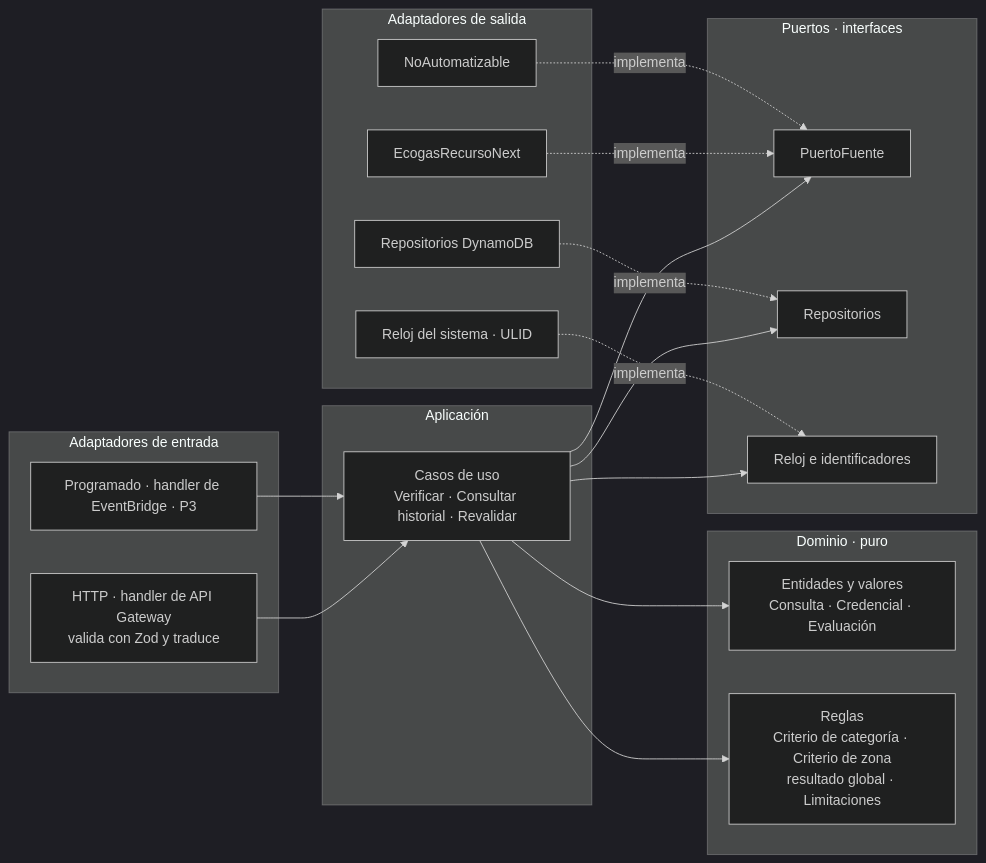
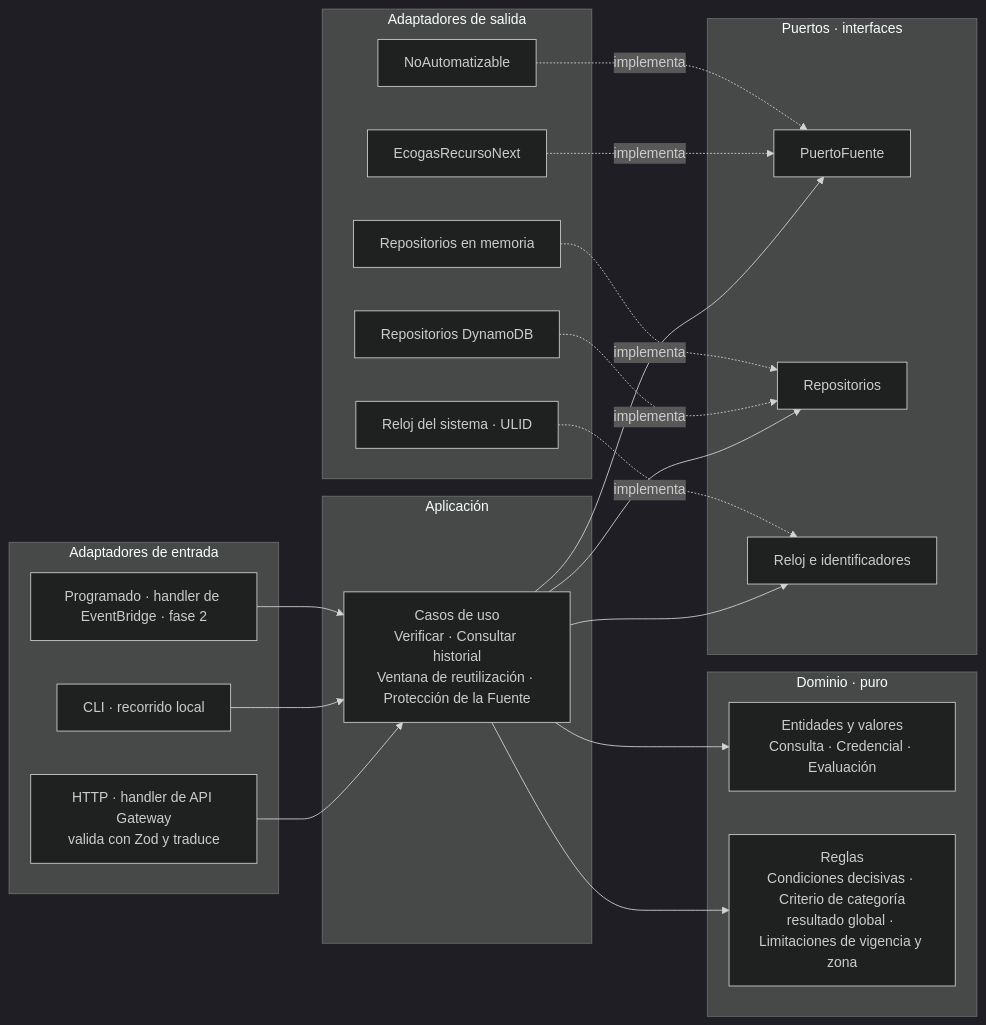
The third of 3 diagrams in docs/arquitectura.md (IvanDaniliuk01/MatriculAR), drawn with Mermaid (dark theme) before and after one commit. The commit also changed other lines of this file and 62 other files, not shown here.

````diff
--- a/docs/arquitectura.md
+++ b/docs/arquitectura.md
@@ -154,37 +169,41 @@
 ```mermaid
 flowchart LR
     subgraph entrada [Adaptadores de entrada]
         http[HTTP · handler de API Gateway<br/>valida con Zod y traduce]
-        prog[Programado · handler de EventBridge · P3]
+        cli[CLI · recorrido local]
+        prog[Programado · handler de EventBridge · fase 2]
     end
     subgraph app [Aplicación]
-        cu[Casos de uso<br/>Verificar · Consultar historial · Revalidar]
+        cu[Casos de uso<br/>Verificar · Consultar historial<br/>Ventana de reutilización · Protección de la Fuente]
     end
     subgraph dom [Dominio · puro]
         ent[Entidades y valores<br/>Consulta · Credencial · Evaluación]
-        reg[Reglas<br/>Criterio de categoría · Criterio de zona<br/>resultado global · Limitaciones]
+        reg[Reglas<br/>Condiciones decisivas · Criterio de categoría<br/>resultado global · Limitaciones de vigencia y zona]
     end
     subgraph puertos [Puertos · interfaces]
         pf[PuertoFuente]
         pr[Repositorios]
         pc[Reloj e identificadores]
     end
     subgraph salida [Adaptadores de salida]
         aeco[EcogasRecursoNext]
         anoa[NoAutomatizable]
         addb[Repositorios DynamoDB]
+        amem[Repositorios en memoria]
         asys[Reloj del sistema · ULID]
     end
 
     http --> cu
+    cli --> cu
     prog --> cu
     cu --> ent
     cu --> reg
     cu --> pf
     cu --> pr
     cu --> pc
     aeco -. implementa .-> pf
     anoa -. implementa .-> pf
     addb -. implementa .-> pr
+    amem -. implementa .-> pr
     asys -. implementa .-> pc
 ```
````
